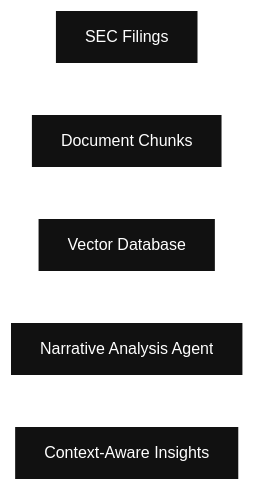
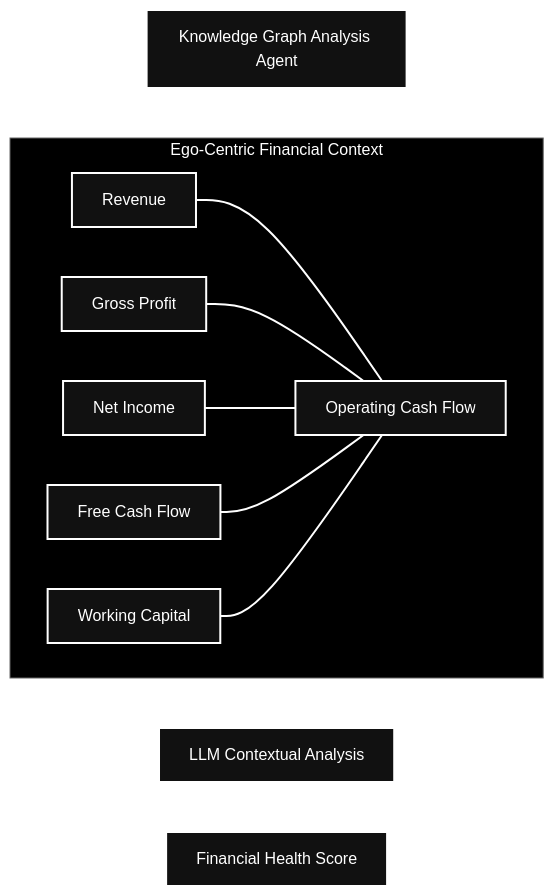
The diagram in README.md (Shiva498689/GDG_PS), drawn with Mermaid before and after one commit.

````diff
--- a/README.md
+++ b/README.md
@@ -1,24 +1,39 @@
 ```mermaid
 flowchart TB
 
-    FILINGS["SEC Filings"]
+    AGENT["Knowledge Graph Analysis Agent"]
 
-    CHUNKS["Document Chunks"]
+    subgraph EGO["Ego-Centric Financial Context"]
 
-    VECTOR["Vector Database"]
+        CENTER["Operating Cash Flow"]
 
-    AGENT["Narrative Analysis Agent"]
+        REV["Revenue"]
+        GP["Gross Profit"]
+        NI["Net Income"]
+        FCF["Free Cash Flow"]
+        WC["Working Capital"]
 
-    INSIGHTS["Context-Aware Insights"]
+        REV --- CENTER
+        GP --- CENTER
+        NI --- CENTER
+        FCF --- CENTER
+        WC --- CENTER
 
-    FILINGS --> CHUNKS
-    CHUNKS --> VECTOR
-    VECTOR --> AGENT
-    AGENT --> INSIGHTS
+    end
+
+    AI["LLM Contextual Analysis"]
+
+    SCORE["Financial Health Score"]
+
+    AGENT --> EGO
+    EGO --> AI
+    AI --> SCORE
 
     classDef dark fill:#111111,stroke:#FFFFFF,color:#FFFFFF,stroke-width:2px;
 
-    class FILINGS,CHUNKS,VECTOR,AGENT,INSIGHTS dark;
+    class AGENT,CENTER,REV,GP,NI,FCF,WC,AI,SCORE dark;
+
+    style EGO fill:#000000,stroke:#666666,color:#FFFFFF
 
     linkStyle default stroke:#FFFFFF,stroke-width:2px
 ```
````
